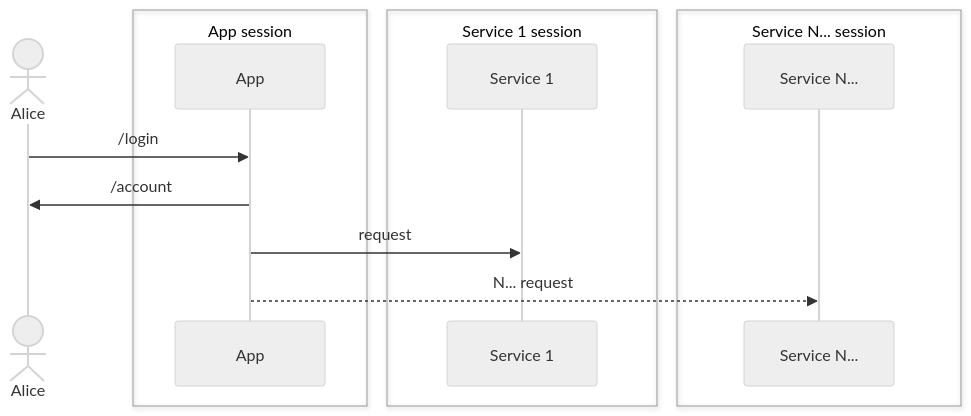
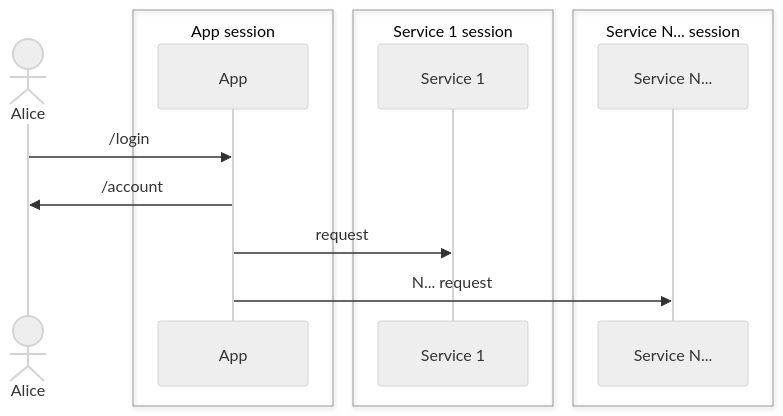
The third of 4 diagrams in astro/src/content/docs/bff/index.mdx (DuendeSoftware/docs.duendesoftware.com), drawn with Mermaid before and after one commit. The commit also changed other lines of this file and 5 other files, not shown here.

Commit message:
Improve Mermaid diagrams in BFF docs for better readability, update theme settings, and refine dark mode CSS styles for clarity and consistency.

````diff
--- a/astro/src/content/docs/bff/index.mdx
+++ b/astro/src/content/docs/bff/index.mdx
@@ -196,18 +196,18 @@
 ```mermaid
 %%{ init: { 'theme': 'neutral' } }%%
 sequenceDiagram
     actor Alice
-    Alice->>App: /login
-    App->>Alice: /account
-    App->>Service 1: request
-    App-->>Service N...: N... request
     box App session
         participant App
     end
     box Service 1 session
         participant Service 1
     end
     box Service N... session
         participant Service N...
     end
+    Alice->>App: /login
+    App->>Alice: /account
+    App->>Service 1: request
+    App->>Service N...: N... request
 ```
````
